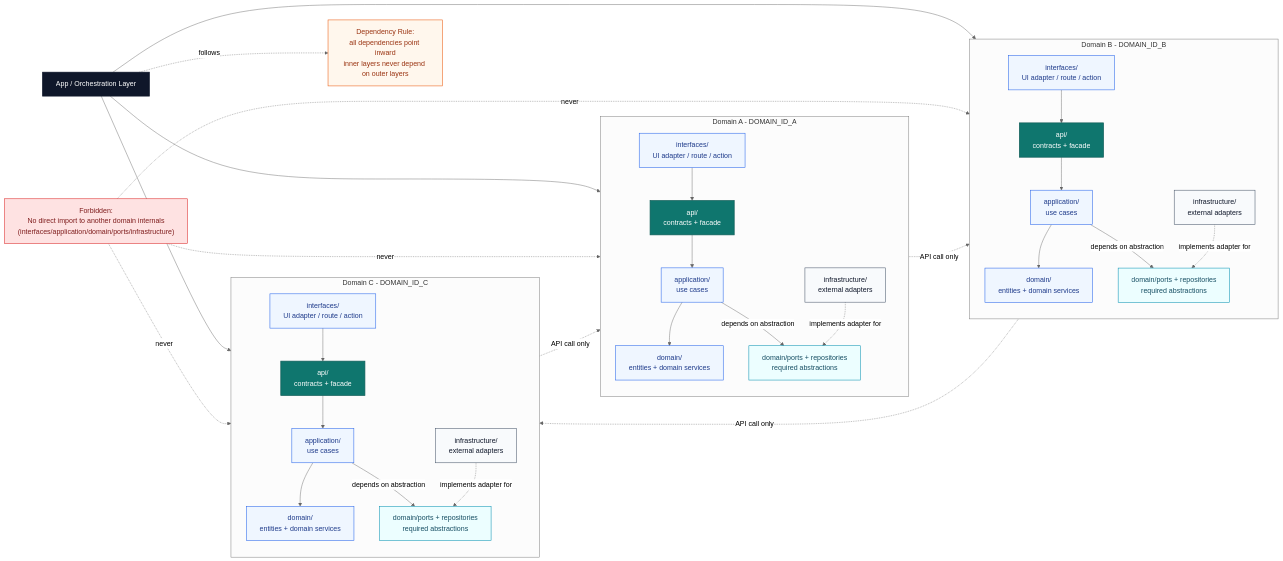
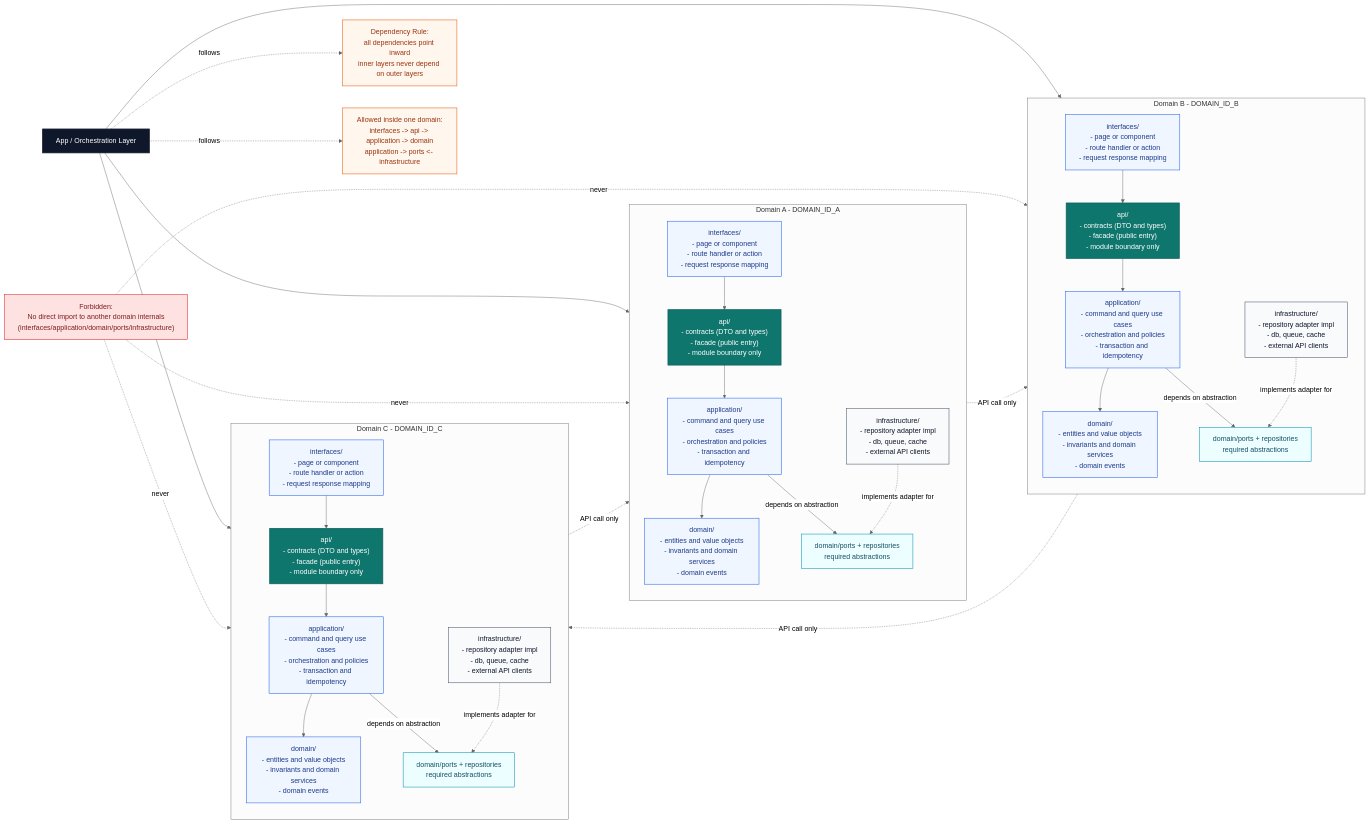
One commit to 122sp7/xuanwu-app changed the diagram in docs/diagrams/domain-id-api-boundary-template.mermaid. Above: the diagram before and after it, drawn with Mermaid (neutral theme).

```diff
--- a/docs/diagrams/domain-id-api-boundary-template.mermaid
+++ b/docs/diagrams/domain-id-api-boundary-template.mermaid
@@ -1,79 +1,83 @@
 %% Domain-ID API boundary template
 %% Purpose: reusable template for bounded contexts with API-only cross-domain interaction
 %% Rule: each domain owns its internals; cross-domain calls must go through api/
 
 flowchart LR
     App["App / Orchestration Layer"]
     DependencyRule["Dependency Rule:\nall dependencies point inward\ninner layers never depend on outer layers"]
 
     subgraph DomainA["Domain A - DOMAIN_ID_A"]
         direction TB
-        A_IF["interfaces/\nUI adapter / route / action"]
-        A_API["api/\ncontracts + facade"]
-        A_APP["application/\nuse cases"]
-        A_DOM["domain/\nentities + domain services"]
+        A_IF["interfaces/\n- page or component\n- route handler or action\n- request response mapping"]
+        A_API["api/\n- contracts (DTO and types)\n- facade (public entry)\n- module boundary only"]
+        A_APP["application/\n- command and query use cases\n- orchestration and policies\n- transaction and idempotency"]
+        A_DOM["domain/\n- entities and value objects\n- invariants and domain services\n- domain events"]
         A_PORT["domain/ports + repositories\nrequired abstractions"]
-        A_INF["infrastructure/\nexternal adapters"]
+        A_INF["infrastructure/\n- repository adapter impl\n- db, queue, cache\n- external API clients"]
 
         A_IF --> A_API --> A_APP --> A_DOM
         A_APP -->|depends on abstraction| A_PORT
         A_INF -.implements adapter for.-> A_PORT
     end
 
     subgraph DomainB["Domain B - DOMAIN_ID_B"]
         direction TB
-        B_IF["interfaces/\nUI adapter / route / action"]
-        B_API["api/\ncontracts + facade"]
-        B_APP["application/\nuse cases"]
-        B_DOM["domain/\nentities + domain services"]
+        B_IF["interfaces/\n- page or component\n- route handler or action\n- request response mapping"]
+        B_API["api/\n- contracts (DTO and types)\n- facade (public entry)\n- module boundary only"]
+        B_APP["application/\n- command and query use cases\n- orchestration and policies\n- transaction and idempotency"]
+        B_DOM["domain/\n- entities and value objects\n- invariants and domain services\n- domain events"]
         B_PORT["domain/ports + repositories\nrequired abstractions"]
-        B_INF["infrastructure/\nexternal adapters"]
+        B_INF["infrastructure/\n- repository adapter impl\n- db, queue, cache\n- external API clients"]
 
         B_IF --> B_API --> B_APP --> B_DOM
         B_APP -->|depends on abstraction| B_PORT
         B_INF -.implements adapter for.-> B_PORT
     end
 
     subgraph DomainC["Domain C - DOMAIN_ID_C"]
         direction TB
-        C_IF["interfaces/\nUI adapter / route / action"]
-        C_API["api/\ncontracts + facade"]
-        C_APP["application/\nuse cases"]
-        C_DOM["domain/\nentities + domain services"]
+        C_IF["interfaces/\n- page or component\n- route handler or action\n- request response mapping"]
+        C_API["api/\n- contracts (DTO and types)\n- facade (public entry)\n- module boundary only"]
+        C_APP["application/\n- command and query use cases\n- orchestration and policies\n- transaction and idempotency"]
+        C_DOM["domain/\n- entities and value objects\n- invariants and domain services\n- domain events"]
         C_PORT["domain/ports + repositories\nrequired abstractions"]
-        C_INF["infrastructure/\nexternal adapters"]
+        C_INF["infrastructure/\n- repository adapter impl\n- db, queue, cache\n- external API clients"]
 
         C_IF --> C_API --> C_APP --> C_DOM
         C_APP -->|depends on abstraction| C_PORT
         C_INF -.implements adapter for.-> C_PORT
     end
 
     App --> A_API
     App --> B_API
     App --> C_API
     App -. follows .-> DependencyRule
+    App -. follows .-> Allowed
 
     A_API -. "API call only" .-> B_API
     B_API -. "API call only" .-> C_API
     C_API -. "API call only" .-> A_API
 
     Forbidden["Forbidden:\nNo direct import to another domain internals\n(interfaces/application/domain/ports/infrastructure)"]
     Forbidden -. never .-> A_APP
     Forbidden -. never .-> B_DOM
     Forbidden -. never .-> C_INF
+
+    Allowed["Allowed inside one domain:\ninterfaces -> api -> application -> domain\napplication -> ports <- infrastructure"]
 
     classDef app fill:#0f172a,stroke:#0f172a,color:#ffffff,stroke-width:2px;
     classDef api fill:#0f766e,stroke:#115e59,color:#ffffff,stroke-width:1.6px;
     classDef layer fill:#eff6ff,stroke:#2563eb,color:#1e3a8a,stroke-width:1.2px;
     classDef infra fill:#f8fafc,stroke:#475569,color:#0f172a,stroke-width:1.2px;
     classDef port fill:#ecfeff,stroke:#0891b2,color:#164e63,stroke-width:1.2px;
     classDef rule fill:#fff7ed,stroke:#ea580c,color:#9a3412,stroke-width:1.2px;
     classDef warn fill:#fee2e2,stroke:#dc2626,color:#7f1d1d,stroke-width:1.2px;
 
     class App app;
     class A_API,B_API,C_API api;
     class A_IF,A_APP,A_DOM,B_IF,B_APP,B_DOM,C_IF,C_APP,C_DOM layer;
     class A_PORT,B_PORT,C_PORT port;
     class A_INF,B_INF,C_INF infra;
     class DependencyRule rule;
+    class Allowed rule;
     class Forbidden warn;
```
